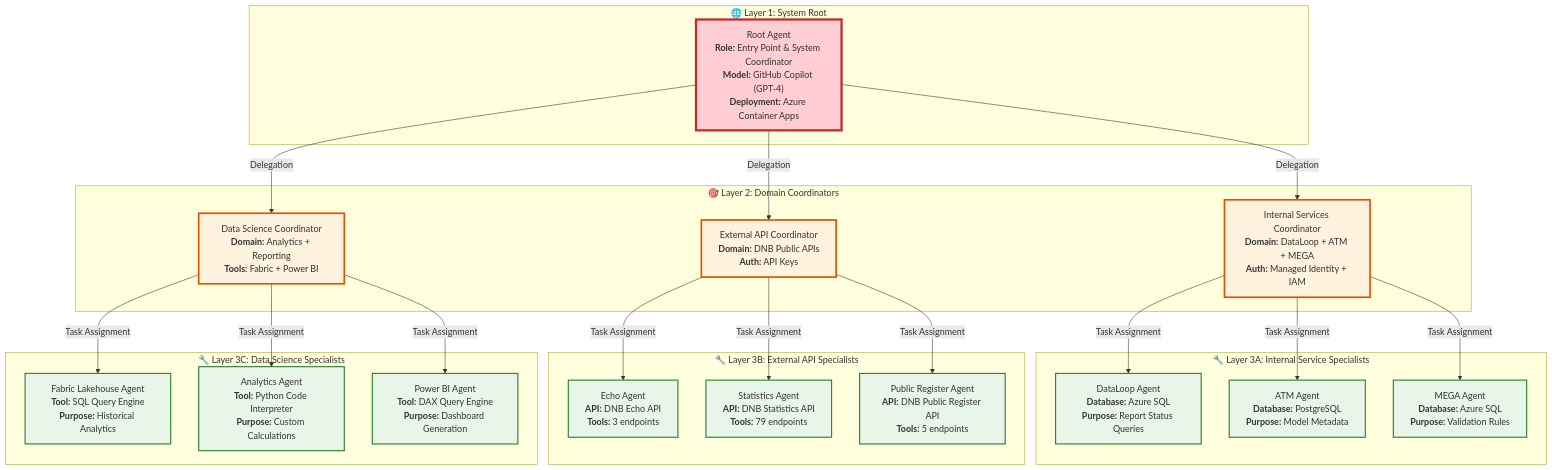
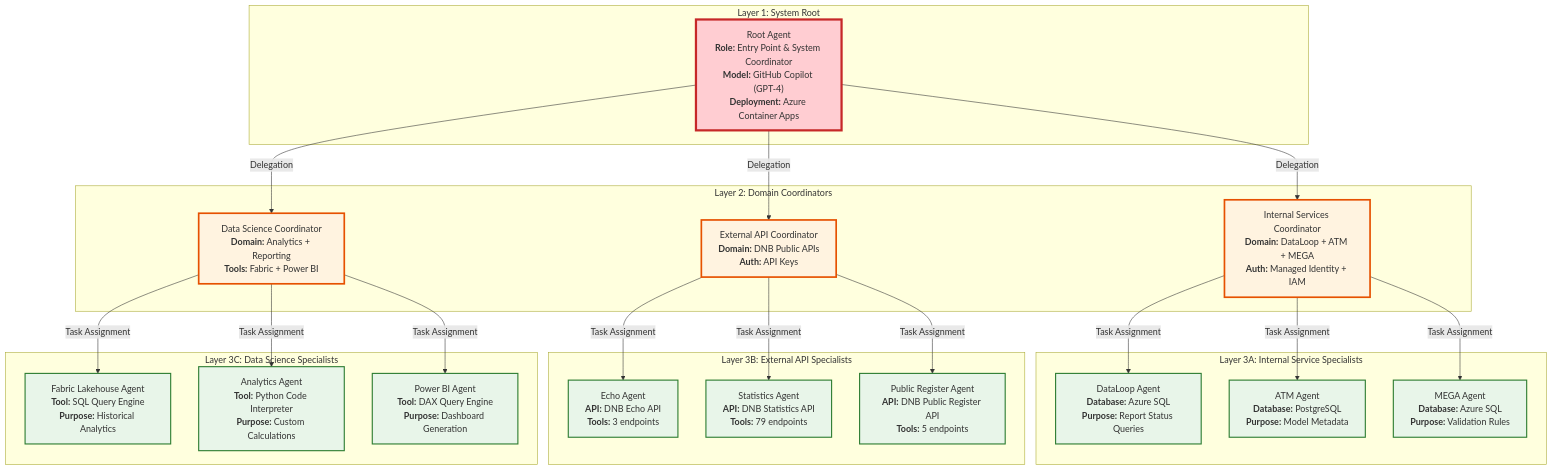
The fourth of 19 diagrams in backend/etl/docs/ARCHITECTURE_DNB_FUTURE.md (Px8Studio/adk-python), drawn with Mermaid before and after one commit. The commit also changed other lines of this file and 1 other file, not shown here.

````diff
--- a/backend/etl/docs/ARCHITECTURE_DNB_FUTURE.md
+++ b/backend/etl/docs/ARCHITECTURE_DNB_FUTURE.md
@@ -421,54 +380,54 @@
 ```mermaid
 graph TB
-    subgraph Layer1["🌐 Layer 1: System Root"]
+    subgraph Layer1["Layer 1: System Root"]
         Root["Root Agent<br/><b>Role:</b> Entry Point & System Coordinator<br/><b>Model:</b> GitHub Copilot (GPT-4)<br/><b>Deployment:</b> Azure Container Apps"]
     end
     
-    subgraph Layer2["🎯 Layer 2: Domain Coordinators"]
+    subgraph Layer2["Layer 2: Domain Coordinators"]
         Internal_Coord["Internal Services Coordinator<br/><b>Domain:</b> DataLoop + ATM + MEGA<br/><b>Auth:</b> Managed Identity + IAM"]
         External_Coord["External API Coordinator<br/><b>Domain:</b> DNB Public APIs<br/><b>Auth:</b> API Keys"]
         Data_Coord["Data Science Coordinator<br/><b>Domain:</b> Analytics + Reporting<br/><b>Tools:</b> Fabric + Power BI"]
     end
     
-    subgraph Layer3_Internal["🔧 Layer 3A: Internal Service Specialists"]
+    subgraph Layer3_Internal["Layer 3A: Internal Service Specialists"]
         DataLoop["DataLoop Agent<br/><b>Database:</b> Azure SQL<br/><b>Purpose:</b> Report Status Queries"]
         ATM["ATM Agent<br/><b>Database:</b> PostgreSQL<br/><b>Purpose:</b> Model Metadata"]
         MEGA["MEGA Agent<br/><b>Database:</b> Azure SQL<br/><b>Purpose:</b> Validation Rules"]
     end
     
-    subgraph Layer3_External["🔧 Layer 3B: External API Specialists"]
+    subgraph Layer3_External["Layer 3B: External API Specialists"]
         Echo["Echo Agent<br/><b>API:</b> DNB Echo API<br/><b>Tools:</b> 3 endpoints"]
         Stats["Statistics Agent<br/><b>API:</b> DNB Statistics API<br/><b>Tools:</b> 79 endpoints"]
         PR["Public Register Agent<br/><b>API:</b> DNB Public Register API<br/><b>Tools:</b> 5 endpoints"]
     end
     
-    subgraph Layer3_Data["🔧 Layer 3C: Data Science Specialists"]
+    subgraph Layer3_Data["Layer 3C: Data Science Specialists"]
         BigQuery["Fabric Lakehouse Agent<br/><b>Tool:</b> SQL Query Engine<br/><b>Purpose:</b> Historical Analytics"]
         Analytics["Analytics Agent<br/><b>Tool:</b> Python Code Interpreter<br/><b>Purpose:</b> Custom Calculations"]
         PowerBI["Power BI Agent<br/><b>Tool:</b> DAX Query Engine<br/><b>Purpose:</b> Dashboard Generation"]
     end
     
     Root -->|"Delegation"| Internal_Coord
     Root -->|"Delegation"| External_Coord
     Root -->|"Delegation"| Data_Coord
     
     Internal_Coord -->|"Task Assignment"| DataLoop
     Internal_Coord -->|"Task Assignment"| ATM
     Internal_Coord -->|"Task Assignment"| MEGA
     
     External_Coord -->|"Task Assignment"| Echo
     External_Coord -->|"Task Assignment"| Stats
     External_Coord -->|"Task Assignment"| PR
     
     Data_Coord -->|"Task Assignment"| BigQuery
     Data_Coord -->|"Task Assignment"| Analytics
     Data_Coord -->|"Task Assignment"| PowerBI
 
     classDef root fill:#ffcdd2,stroke:#c62828,stroke-width:4px
     classDef coordinator fill:#fff3e0,stroke:#e65100,stroke-width:3px
     classDef specialist fill:#e8f5e9,stroke:#2e7d32,stroke-width:2px
     
     class Root root
     class Internal_Coord,External_Coord,Data_Coord coordinator
     class DataLoop,ATM,MEGA,Echo,Stats,PR,BigQuery,Analytics,PowerBI specialist
 ```
````
